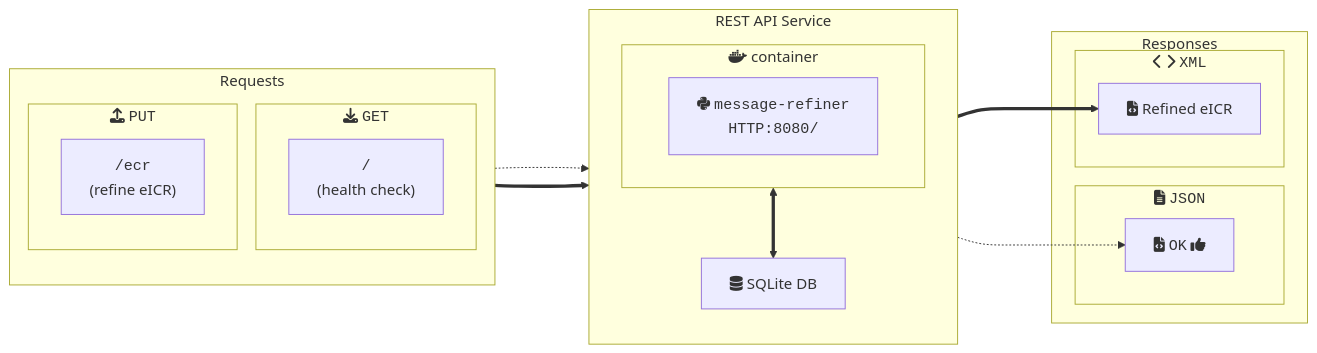
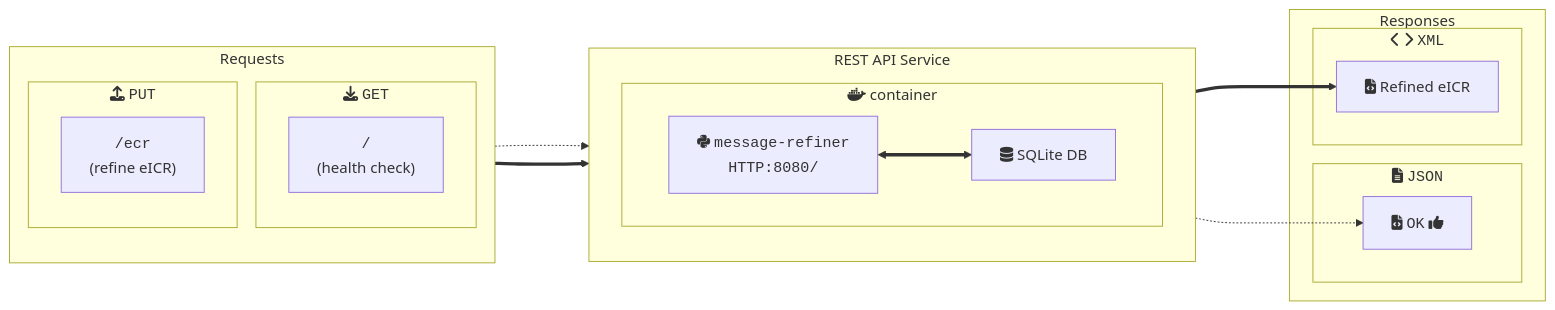
One commit to CDCgov/dibbs-ecr-refiner changed the diagram in refiner/README.md. Above: the diagram before and after it, drawn with Mermaid.

Commit message:
docs: bring SQLite DB into the refiner container

````diff
--- a/refiner/README.md
+++ b/refiner/README.md
@@ -50,34 +50,34 @@
 ```mermaid
 flowchart LR
 
 subgraph requests["Requests"]
 direction TB
 subgraph GET["fas:fa-download <code>GET</code>"]
 hc["<code>/</code>\n(health check)"]
 end
 subgraph PUT["fas:fa-upload <code>PUT</code>"]
 ecr["<code>/ecr</code>\n(refine eICR)"]
 end
 end
 
 subgraph service[REST API Service]
 direction TB
 subgraph mr["fab:fa-docker container"]
 refiner["fab:fa-python <code>message-refiner<br>HTTP:8080/</code>"]
+refiner <==> db["fas:fa-database SQLite DB"]
 end
-mr <==> db["fas:fa-database SQLite DB"]
 end
 
 subgraph response["Responses"]
 subgraph JSON["fa:fa-file-alt <code>JSON</code>"]
 rsp-hc["fa:fa-file-code <code>OK</code> fa:fa-thumbs-up"]
 end
 subgraph XML["fas:fa-chevron-left fas:fa-chevron-right <code>XML</code>"]
 rsp-ecr["fas:fa-file-code Refined eICR"]
 end
 end
 
 hc -.-> mr -.-> rsp-hc
 ecr ===> mr ===> rsp-ecr
 
 ```
````
